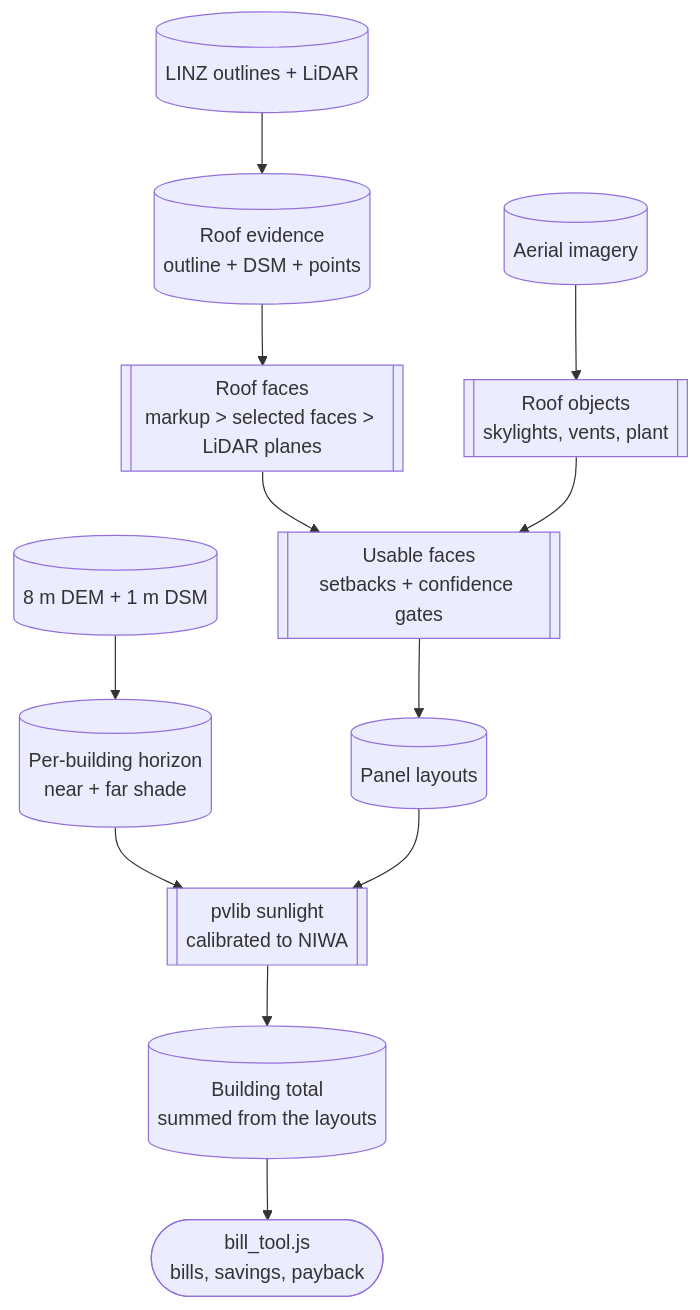
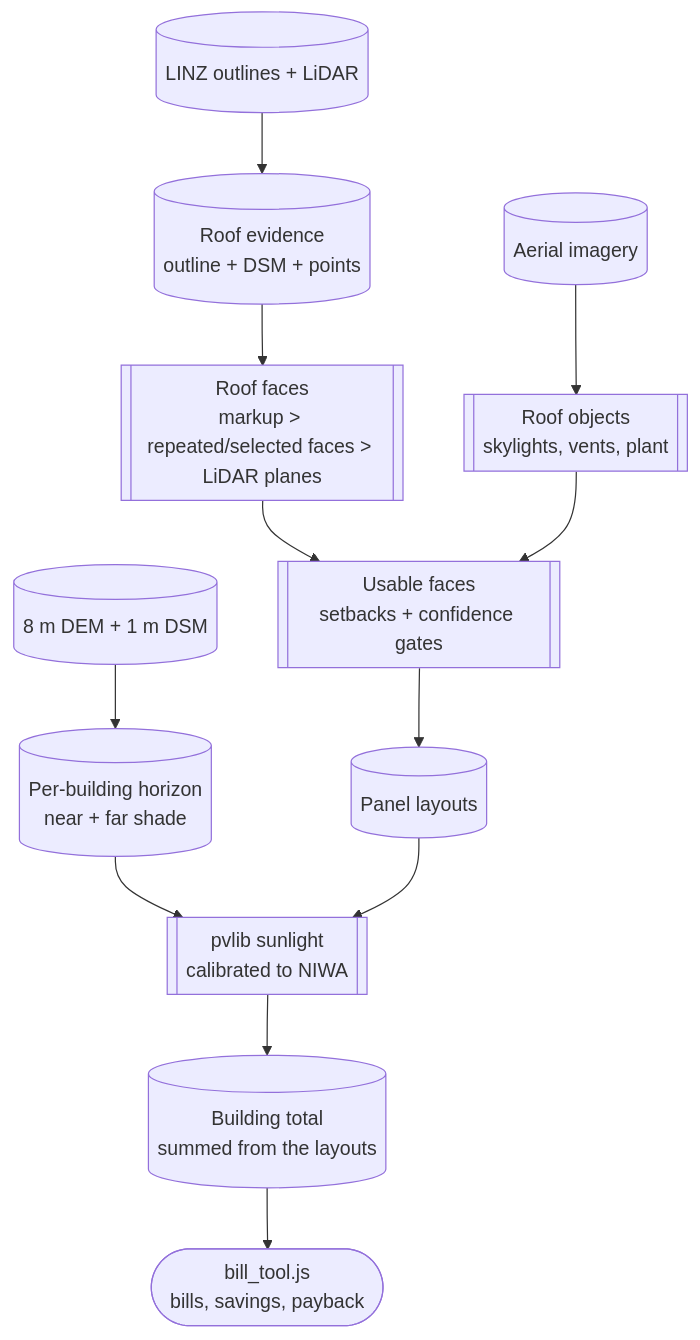
The diagram in docs/theory/theory.md (rewiring-nz/nz-solar-potential), drawn with Mermaid before and after one commit. The commit also changed other lines of this file and 15 other files, not shown here.

Commit message:
Update architecture documentation and diagrams to help implementers

````diff
--- a/docs/theory/theory.md
+++ b/docs/theory/theory.md
@@ -24,14 +28,14 @@
 ```mermaid
 flowchart TB
   A[(LINZ outlines + LiDAR)] --> B[(Roof evidence\noutline + DSM + points)]
-  B --> C[[Roof faces\nmarkup > selected faces > LiDAR planes]]
+  B --> C[[Roof faces\nmarkup > repeated/selected faces > LiDAR planes]]
   I[(Aerial imagery)] --> D[[Roof objects\nskylights, vents, plant]]
   C --> E[[Usable faces\nsetbacks + confidence gates]]
   D --> E
   T[(8 m DEM + 1 m DSM)] --> F[(Per-building horizon\nnear + far shade)]
   E --> G[(Panel layouts)]
   F --> H[[pvlib sunlight\ncalibrated to NIWA]]
   G --> H
   H --> J[(Building total\nsummed from the layouts)]
   J --> K([bill_tool.js\nbills, savings, payback])
 ```
````
